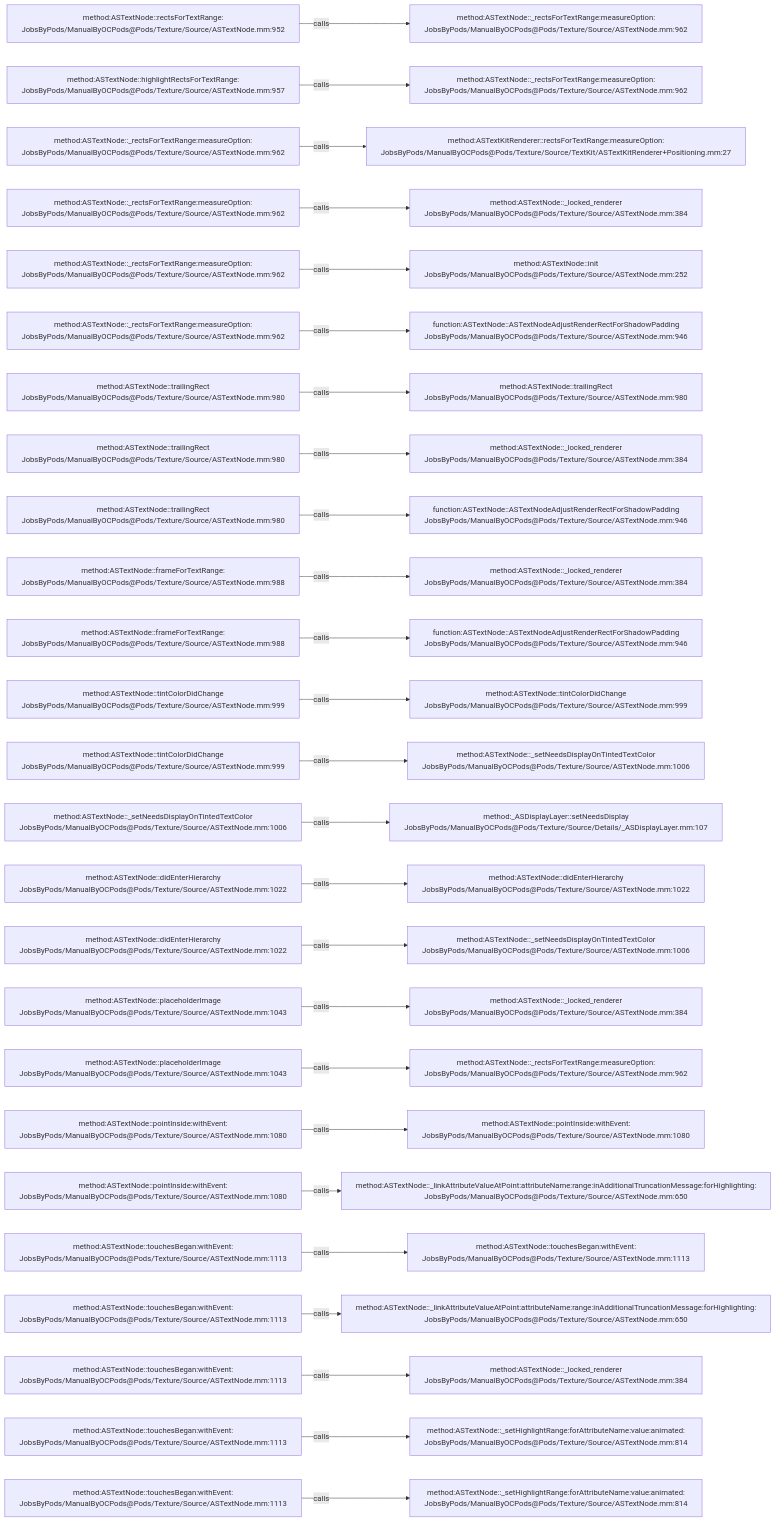
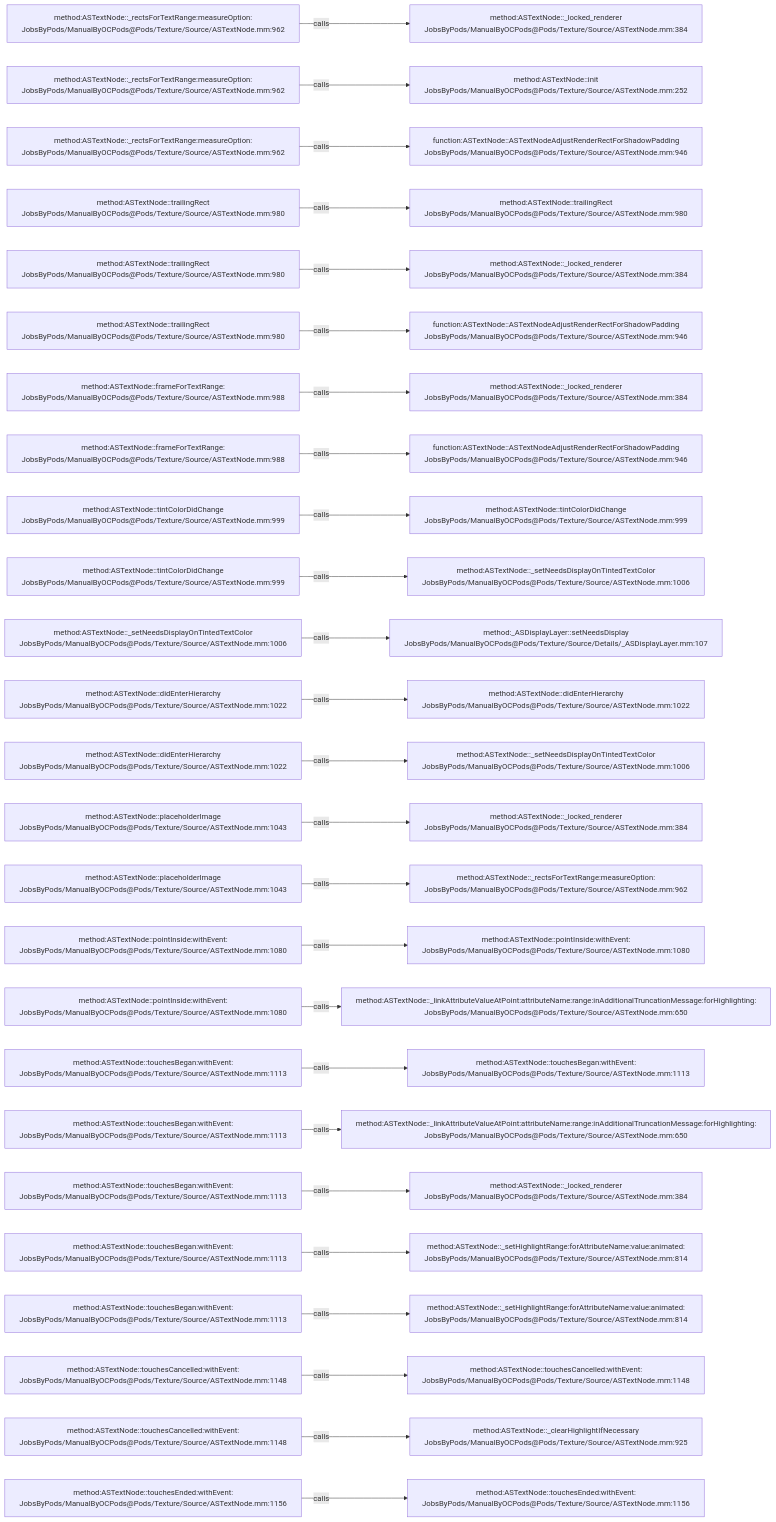
One commit to JobsKits/JobsOCBaseConfigDemo changed the diagram in .codegraph/codegraph.md/graphs/calls-138.md. Above: the diagram before and after it, drawn with Mermaid. The commit also changed 342 other files, not shown here.

````diff
--- a/.codegraph/codegraph.md/graphs/calls-138.md
+++ b/.codegraph/codegraph.md/graphs/calls-138.md
@@ -13,78 +13,78 @@
 ```mermaid
 flowchart LR
-  S1["method:ASTextNode::rectsForTextRange:<br/>JobsByPods/ManualByOCPods@Pods/Texture/Source/ASTextNode.mm:952"]
-  T1["method:ASTextNode::_rectsForTextRange:measureOption:<br/>JobsByPods/ManualByOCPods@Pods/Texture/Source/ASTextNode.mm:962"]
+  S1["method:ASTextNode::_rectsForTextRange:measureOption:<br/>JobsByPods/ManualByOCPods@Pods/Texture/Source/ASTextNode.mm:962"]
+  T1["method:ASTextNode::_locked_renderer<br/>JobsByPods/ManualByOCPods@Pods/Texture/Source/ASTextNode.mm:384"]
   S1 -->|calls| T1
-  S2["method:ASTextNode::highlightRectsForTextRange:<br/>JobsByPods/ManualByOCPods@Pods/Texture/Source/ASTextNode.mm:957"]
-  T2["method:ASTextNode::_rectsForTextRange:measureOption:<br/>JobsByPods/ManualByOCPods@Pods/Texture/Source/ASTextNode.mm:962"]
+  S2["method:ASTextNode::_rectsForTextRange:measureOption:<br/>JobsByPods/ManualByOCPods@Pods/Texture/Source/ASTextNode.mm:962"]
+  T2["method:ASTextNode::init<br/>JobsByPods/ManualByOCPods@Pods/Texture/Source/ASTextNode.mm:252"]
   S2 -->|calls| T2
   S3["method:ASTextNode::_rectsForTextRange:measureOption:<br/>JobsByPods/ManualByOCPods@Pods/Texture/Source/ASTextNode.mm:962"]
-  T3["method:ASTextKitRenderer::rectsForTextRange:measureOption:<br/>JobsByPods/ManualByOCPods@Pods/Texture/Source/TextKit/ASTextKitRenderer+Positioning.mm:27"]
+  T3["function:ASTextNode::ASTextNodeAdjustRenderRectForShadowPadding<br/>JobsByPods/ManualByOCPods@Pods/Texture/Source/ASTextNode.mm:946"]
   S3 -->|calls| T3
-  S4["method:ASTextNode::_rectsForTextRange:measureOption:<br/>JobsByPods/ManualByOCPods@Pods/Texture/Source/ASTextNode.mm:962"]
-  T4["method:ASTextNode::_locked_renderer<br/>JobsByPods/ManualByOCPods@Pods/Texture/Source/ASTextNode.mm:384"]
+  S4["method:ASTextNode::trailingRect<br/>JobsByPods/ManualByOCPods@Pods/Texture/Source/ASTextNode.mm:980"]
+  T4["method:ASTextNode::trailingRect<br/>JobsByPods/ManualByOCPods@Pods/Texture/Source/ASTextNode.mm:980"]
   S4 -->|calls| T4
-  S5["method:ASTextNode::_rectsForTextRange:measureOption:<br/>JobsByPods/ManualByOCPods@Pods/Texture/Source/ASTextNode.mm:962"]
-  T5["method:ASTextNode::init<br/>JobsByPods/ManualByOCPods@Pods/Texture/Source/ASTextNode.mm:252"]
+  S5["method:ASTextNode::trailingRect<br/>JobsByPods/ManualByOCPods@Pods/Texture/Source/ASTextNode.mm:980"]
+  T5["method:ASTextNode::_locked_renderer<br/>JobsByPods/ManualByOCPods@Pods/Texture/Source/ASTextNode.mm:384"]
   S5 -->|calls| T5
-  S6["method:ASTextNode::_rectsForTextRange:measureOption:<br/>JobsByPods/ManualByOCPods@Pods/Texture/Source/ASTextNode.mm:962"]
+  S6["method:ASTextNode::trailingRect<br/>JobsByPods/ManualByOCPods@Pods/Texture/Source/ASTextNode.mm:980"]
   T6["function:ASTextNode::ASTextNodeAdjustRenderRectForShadowPadding<br/>JobsByPods/ManualByOCPods@Pods/Texture/Source/ASTextNode.mm:946"]
   S6 -->|calls| T6
-  S7["method:ASTextNode::trailingRect<br/>JobsByPods/ManualByOCPods@Pods/Texture/Source/ASTextNode.mm:980"]
-  T7["method:ASTextNode::trailingRect<br/>JobsByPods/ManualByOCPods@Pods/Texture/Source/ASTextNode.mm:980"]
+  S7["method:ASTextNode::frameForTextRange:<br/>JobsByPods/ManualByOCPods@Pods/Texture/Source/ASTextNode.mm:988"]
+  T7["method:ASTextNode::_locked_renderer<br/>JobsByPods/ManualByOCPods@Pods/Texture/Source/ASTextNode.mm:384"]
   S7 -->|calls| T7
-  S8["method:ASTextNode::trailingRect<br/>JobsByPods/ManualByOCPods@Pods/Texture/Source/ASTextNode.mm:980"]
-  T8["method:ASTextNode::_locked_renderer<br/>JobsByPods/ManualByOCPods@Pods/Texture/Source/ASTextNode.mm:384"]
+  S8["method:ASTextNode::frameForTextRange:<br/>JobsByPods/ManualByOCPods@Pods/Texture/Source/ASTextNode.mm:988"]
+  T8["function:ASTextNode::ASTextNodeAdjustRenderRectForShadowPadding<br/>JobsByPods/ManualByOCPods@Pods/Texture/Source/ASTextNode.mm:946"]
   S8 -->|calls| T8
-  S9["method:ASTextNode::trailingRect<br/>JobsByPods/ManualByOCPods@Pods/Texture/Source/ASTextNode.mm:980"]
-  T9["function:ASTextNode::ASTextNodeAdjustRenderRectForShadowPadding<br/>JobsByPods/ManualByOCPods@Pods/Texture/Source/ASTextNode.mm:946"]
+  S9["method:ASTextNode::tintColorDidChange<br/>JobsByPods/ManualByOCPods@Pods/Texture/Source/ASTextNode.mm:999"]
+  T9["method:ASTextNode::tintColorDidChange<br/>JobsByPods/ManualByOCPods@Pods/Texture/Source/ASTextNode.mm:999"]
   S9 -->|calls| T9
-  S10["method:ASTextNode::frameForTextRange:<br/>JobsByPods/ManualByOCPods@Pods/Texture/Source/ASTextNode.mm:988"]
-  T10["method:ASTextNode::_locked_renderer<br/>JobsByPods/ManualByOCPods@Pods/Texture/Source/ASTextNode.mm:384"]
+  S10["method:ASTextNode::tintColorDidChange<br/>JobsByPods/ManualByOCPods@Pods/Texture/Source/ASTextNode.mm:999"]
+  T10["method:ASTextNode::_setNeedsDisplayOnTintedTextColor<br/>JobsByPods/ManualByOCPods@Pods/Texture/Source/ASTextNode.mm:1006"]
   S10 -->|calls| T10
-  S11["method:ASTextNode::frameForTextRange:<br/>JobsByPods/ManualByOCPods@Pods/Texture/Source/ASTextNode.mm:988"]
-  T11["function:ASTextNode::ASTextNodeAdjustRenderRectForShadowPadding<br/>JobsByPods/ManualByOCPods@Pods/Texture/Source/ASTextNode.mm:946"]
+  S11["method:ASTextNode::_setNeedsDisplayOnTintedTextColor<br/>JobsByPods/ManualByOCPods@Pods/Texture/Source/ASTextNode.mm:1006"]
+  T11["method:_ASDisplayLayer::setNeedsDisplay<br/>JobsByPods/ManualByOCPods@Pods/Texture/Source/Details/_ASDisplayLayer.mm:107"]
   S11 -->|calls| T11
-  S12["method:ASTextNode::tintColorDidChange<br/>JobsByPods/ManualByOCPods@Pods/Texture/Source/ASTextNode.mm:999"]
-  T12["method:ASTextNode::tintColorDidChange<br/>JobsByPods/ManualByOCPods@Pods/Texture/Source/ASTextNode.mm:999"]
+  S12["method:ASTextNode::didEnterHierarchy<br/>JobsByPods/ManualByOCPods@Pods/Texture/Source/ASTextNode.mm:1022"]
+  T12["method:ASTextNode::didEnterHierarchy<br/>JobsByPods/ManualByOCPods@Pods/Texture/Source/ASTextNode.mm:1022"]
   S12 -->|calls| T12
-  S13["method:ASTextNode::tintColorDidChange<br/>JobsByPods/ManualByOCPods@Pods/Texture/Source/ASTextNode.mm:999"]
+  S13["method:ASTextNode::didEnterHierarchy<br/>JobsByPods/ManualByOCPods@Pods/Texture/Source/ASTextNode.mm:1022"]
   T13["method:ASTextNode::_setNeedsDisplayOnTintedTextColor<br/>JobsByPods/ManualByOCPods@Pods/Texture/Source/ASTextNode.mm:1006"]
   S13 -->|calls| T13
-  S14["method:ASTextNode::_setNeedsDisplayOnTintedTextColor<br/>JobsByPods/ManualByOCPods@Pods/Texture/Source/ASTextNode.mm:1006"]
-  T14["method:_ASDisplayLayer::setNeedsDisplay<br/>JobsByPods/ManualByOCPods@Pods/Texture/Source/Details/_ASDisplayLayer.mm:107"]
+  S14["method:ASTextNode::placeholderImage<br/>JobsByPods/ManualByOCPods@Pods/Texture/Source/ASTextNode.mm:1043"]
+  T14["method:ASTextNode::_locked_renderer<br/>JobsByPods/ManualByOCPods@Pods/Texture/Source/ASTextNode.mm:384"]
   S14 -->|calls| T14
-  S15["method:ASTextNode::didEnterHierarchy<br/>JobsByPods/ManualByOCPods@Pods/Texture/Source/ASTextNode.mm:1022"]
-  T15["method:ASTextNode::didEnterHierarchy<br/>JobsByPods/ManualByOCPods@Pods/Texture/Source/ASTextNode.mm:1022"]
+  S15["method:ASTextNode::placeholderImage<br/>JobsByPods/ManualByOCPods@Pods/Texture/Source/ASTextNode.mm:1043"]
+  T15["method:ASTextNode::_rectsForTextRange:measureOption:<br/>JobsByPods/ManualByOCPods@Pods/Texture/Source/ASTextNode.mm:962"]
   S15 -->|calls| T15
-  S16["method:ASTextNode::didEnterHierarchy<br/>JobsByPods/ManualByOCPods@Pods/Texture/Source/ASTextNode.mm:1022"]
-  T16["method:ASTextNode::_setNeedsDisplayOnTintedTextColor<br/>JobsByPods/ManualByOCPods@Pods/Texture/Source/ASTextNode.mm:1006"]
+  S16["method:ASTextNode::pointInside:withEvent:<br/>JobsByPods/ManualByOCPods@Pods/Texture/Source/ASTextNode.mm:1080"]
+  T16["method:ASTextNode::pointInside:withEvent:<br/>JobsByPods/ManualByOCPods@Pods/Texture/Source/ASTextNode.mm:1080"]
   S16 -->|calls| T16
-  S17["method:ASTextNode::placeholderImage<br/>JobsByPods/ManualByOCPods@Pods/Texture/Source/ASTextNode.mm:1043"]
-  T17["method:ASTextNode::_locked_renderer<br/>JobsByPods/ManualByOCPods@Pods/Texture/Source/ASTextNode.mm:384"]
+  S17["method:ASTextNode::pointInside:withEvent:<br/>JobsByPods/ManualByOCPods@Pods/Texture/Source/ASTextNode.mm:1080"]
+  T17["method:ASTextNode::_linkAttributeValueAtPoint:attributeName:range:inAdditionalTruncationMessage:forHighlighting:<br/>JobsByPods/ManualByOCPods@Pods/Texture/Source/ASTextNode.mm:650"]
   S17 -->|calls| T17
-  S18["method:ASTextNode::placeholderImage<br/>JobsByPods/ManualByOCPods@Pods/Texture/Source/ASTextNode.mm:1043"]
-  T18["method:ASTextNode::_rectsForTextRange:measureOption:<br/>JobsByPods/ManualByOCPods@Pods/Texture/Source/ASTextNode.mm:962"]
+  S18["method:ASTextNode::touchesBegan:withEvent:<br/>JobsByPods/ManualByOCPods@Pods/Texture/Source/ASTextNode.mm:1113"]
+  T18["method:ASTextNode::touchesBegan:withEvent:<br/>JobsByPods/ManualByOCPods@Pods/Texture/Source/ASTextNode.mm:1113"]
   S18 -->|calls| T18
-  S19["method:ASTextNode::pointInside:withEvent:<br/>JobsByPods/ManualByOCPods@Pods/Texture/Source/ASTextNode.mm:1080"]
-  T19["method:ASTextNode::pointInside:withEvent:<br/>JobsByPods/ManualByOCPods@Pods/Texture/Source/ASTextNode.mm:1080"]
+  S19["method:ASTextNode::touchesBegan:withEvent:<br/>JobsByPods/ManualByOCPods@Pods/Texture/Source/ASTextNode.mm:1113"]
+  T19["method:ASTextNode::_linkAttributeValueAtPoint:attributeName:range:inAdditionalTruncationMessage:forHighlighting:<br/>JobsByPods/ManualByOCPods@Pods/Texture/Source/ASTextNode.mm:650"]
   S19 -->|calls| T19
-  S20["method:ASTextNode::pointInside:withEvent:<br/>JobsByPods/ManualByOCPods@Pods/Texture/Source/ASTextNode.mm:1080"]
-  T20["method:ASTextNode::_linkAttributeValueAtPoint:attributeName:range:inAdditionalTruncationMessage:forHighlighting:<br/>JobsByPods/ManualByOCPods@Pods/Texture/Source/ASTextNode.mm:650"]
+  S20["method:ASTextNode::touchesBegan:withEvent:<br/>JobsByPods/ManualByOCPods@Pods/Texture/Source/ASTextNode.mm:1113"]
+  T20["method:ASTextNode::_locked_renderer<br/>JobsByPods/ManualByOCPods@Pods/Texture/Source/ASTextNode.mm:384"]
   S20 -->|calls| T20
   S21["method:ASTextNode::touchesBegan:withEvent:<br/>JobsByPods/ManualByOCPods@Pods/Texture/Source/ASTextNode.mm:1113"]
-  T21["method:ASTextNode::touchesBegan:withEvent:<br/>JobsByPods/ManualByOCPods@Pods/Texture/Source/ASTextNode.mm:1113"]
+  T21["method:ASTextNode::_setHighlightRange:forAttributeName:value:animated:<br/>JobsByPods/ManualByOCPods@Pods/Texture/Source/ASTextNode.mm:814"]
   S21 -->|calls| T21
   S22["method:ASTextNode::touchesBegan:withEvent:<br/>JobsByPods/ManualByOCPods@Pods/Texture/Source/ASTextNode.mm:1113"]
-  T22["method:ASTextNode::_linkAttributeValueAtPoint:attributeName:range:inAdditionalTruncationMessage:forHighlighting:<br/>JobsByPods/ManualByOCPods@Pods/Texture/Source/ASTextNode.mm:650"]
+  T22["method:ASTextNode::_setHighlightRange:forAttributeName:value:animated:<br/>JobsByPods/ManualByOCPods@Pods/Texture/Source/ASTextNode.mm:814"]
   S22 -->|calls| T22
-  S23["method:ASTextNode::touchesBegan:withEvent:<br/>JobsByPods/ManualByOCPods@Pods/Texture/Source/ASTextNode.mm:1113"]
-  T23["method:ASTextNode::_locked_renderer<br/>JobsByPods/ManualByOCPods@Pods/Texture/Source/ASTextNode.mm:384"]
+  S23["method:ASTextNode::touchesCancelled:withEvent:<br/>JobsByPods/ManualByOCPods@Pods/Texture/Source/ASTextNode.mm:1148"]
+  T23["method:ASTextNode::touchesCancelled:withEvent:<br/>JobsByPods/ManualByOCPods@Pods/Texture/Source/ASTextNode.mm:1148"]
   S23 -->|calls| T23
-  S24["method:ASTextNode::touchesBegan:withEvent:<br/>JobsByPods/ManualByOCPods@Pods/Texture/Source/ASTextNode.mm:1113"]
-  T24["method:ASTextNode::_setHighlightRange:forAttributeName:value:animated:<br/>JobsByPods/ManualByOCPods@Pods/Texture/Source/ASTextNode.mm:814"]
+  S24["method:ASTextNode::touchesCancelled:withEvent:<br/>JobsByPods/ManualByOCPods@Pods/Texture/Source/ASTextNode.mm:1148"]
+  T24["method:ASTextNode::_clearHighlightIfNecessary<br/>JobsByPods/ManualByOCPods@Pods/Texture/Source/ASTextNode.mm:925"]
   S24 -->|calls| T24
-  S25["method:ASTextNode::touchesBegan:withEvent:<br/>JobsByPods/ManualByOCPods@Pods/Texture/Source/ASTextNode.mm:1113"]
-  T25["method:ASTextNode::_setHighlightRange:forAttributeName:value:animated:<br/>JobsByPods/ManualByOCPods@Pods/Texture/Source/ASTextNode.mm:814"]
+  S25["method:ASTextNode::touchesEnded:withEvent:<br/>JobsByPods/ManualByOCPods@Pods/Texture/Source/ASTextNode.mm:1156"]
+  T25["method:ASTextNode::touchesEnded:withEvent:<br/>JobsByPods/ManualByOCPods@Pods/Texture/Source/ASTextNode.mm:1156"]
   S25 -->|calls| T25
 ```
````
